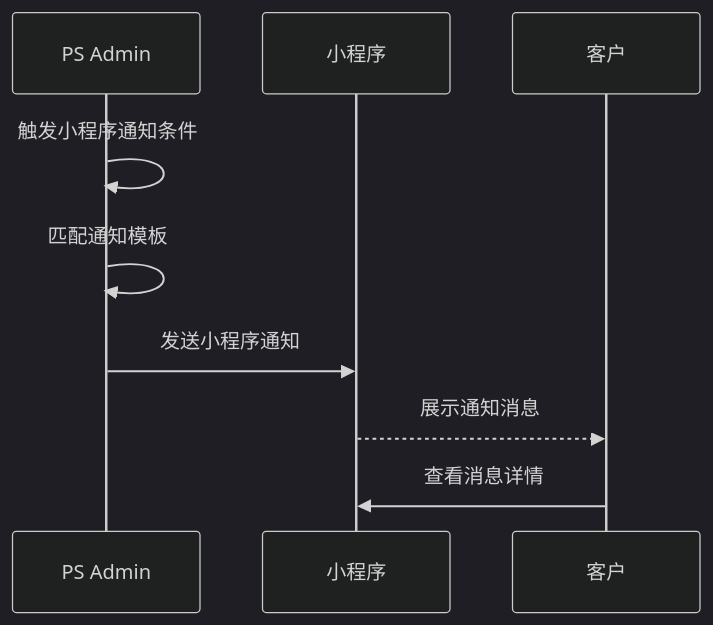
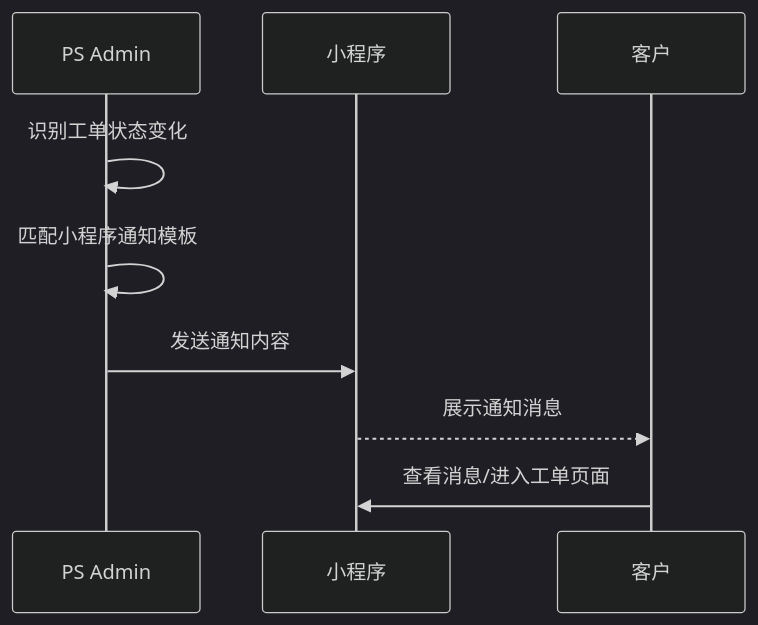
One commit to guguohai/gmps changed diagram 31 of 33 in 文档/GM系统需求说明.md. Above: the diagram before and after it, drawn with Mermaid (dark theme). The commit also changed other lines of this file and 2 other files, not shown here.

````diff
--- a/文档/GM系统需求说明.md
+++ b/文档/GM系统需求说明.md
@@ -1329,12 +1552,12 @@
 ```mermaid
 sequenceDiagram
-participant A as PS Admin
-participant M as 小程序
-participant U as 客户
+    participant A as PS Admin
+    participant M as 小程序
+    participant C as 客户
 
-A ->> A: 触发小程序通知条件
-A ->> A: 匹配通知模板
-A ->> M: 发送小程序通知
-M -->> U: 展示通知消息
-U ->> M: 查看消息详情
+    A->>A: 识别工单状态变化
+    A->>A: 匹配小程序通知模板
+    A->>M: 发送通知内容
+    M-->>C: 展示通知消息
+    C->>M: 查看消息/进入工单页面
 ```
````
